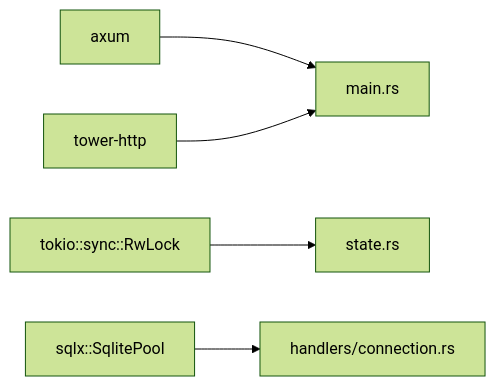
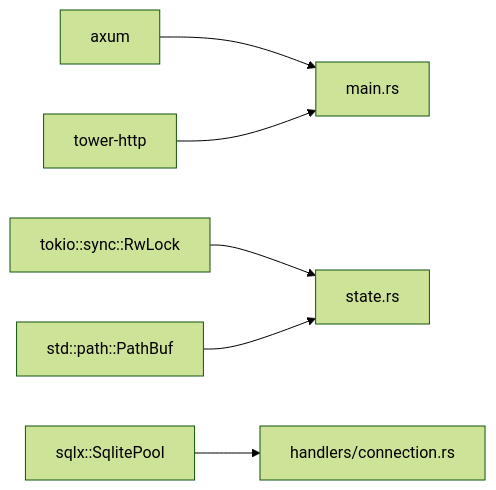
One commit to sutanto1010/crablite changed the seventh of 7 diagrams in .qoder/repowiki/en/content/Backend Development/State Management & Database Connection Pooling.md. Above: the diagram before and after it, drawn with Mermaid (forest theme). The commit also changed other lines of this file and 47 other files, not shown here.

````diff
--- a/.qoder/repowiki/en/content/Backend Development/State Management & Database Connection Pooling.md
+++ b/.qoder/repowiki/en/content/Backend Development/State Management & Database Connection Pooling.md
@@ -301,7 +373,8 @@
 ```mermaid
 graph LR
 Axum["axum"] --> Main["main.rs"]
 Tokio["tokio::sync::RwLock"] --> State["state.rs"]
 Sqlx["sqlx::SqlitePool"] --> Conn["handlers/connection.rs"]
 Tower["tower-http"] --> Main
+StdLib["std::path::PathBuf"] --> State
 ```
````
